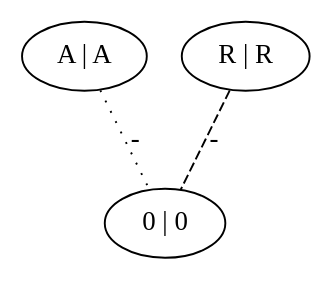
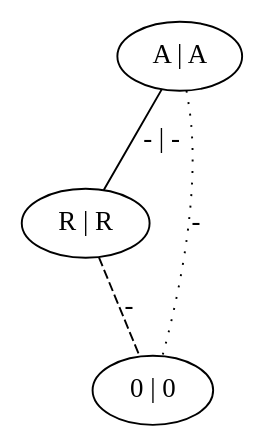
One commit to lazh01/Kemoinformatik changed the diagram in catalan/out/015_r_2_combined.dot. Above: the diagram before and after it, drawn with Graphviz. The commit also changed 879 other files, not shown here.

```diff
--- a/catalan/out/015_r_2_combined.dot
+++ b/catalan/out/015_r_2_combined.dot
@@ -1,7 +1,8 @@
 graph G {
 	0 [ label="A | A" ]
 	1 [ label="R | R" ]
 	2 [ label="0 | 0" ]
+	0 -- 1 [ label="- | -" ]
 	0 -- 2 [ style=dotted label="-" ]
 	1 -- 2 [ style=dashed label="-" ]
 }
```
